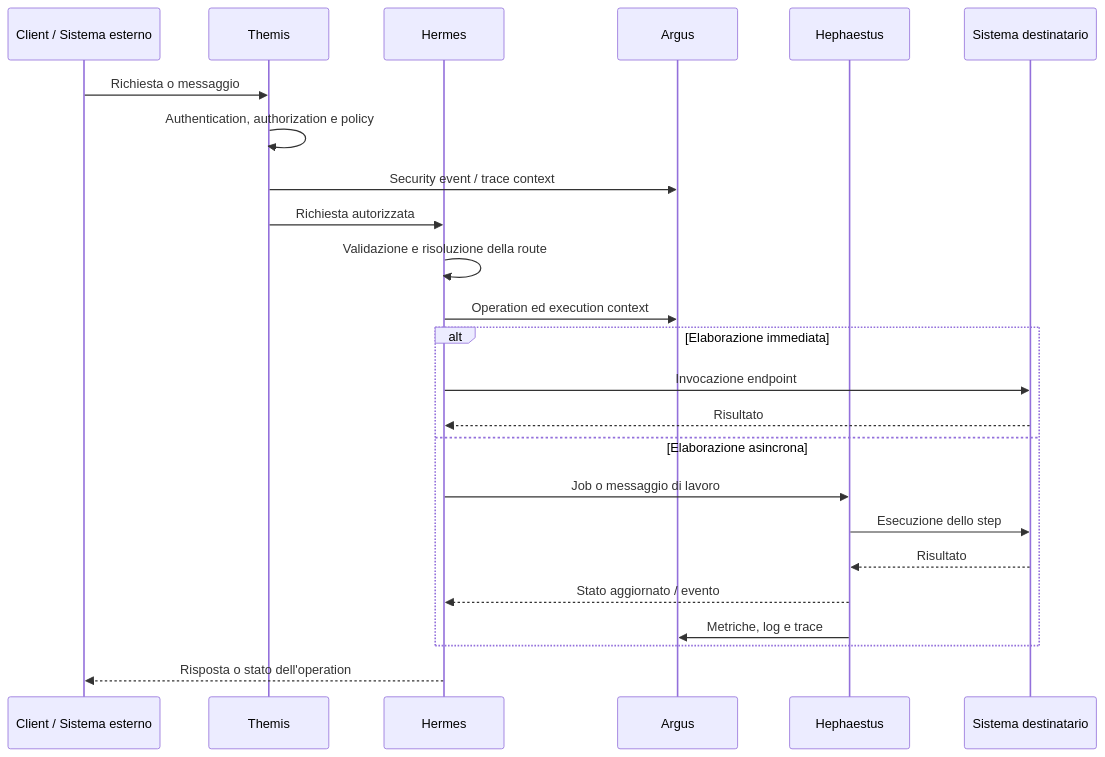
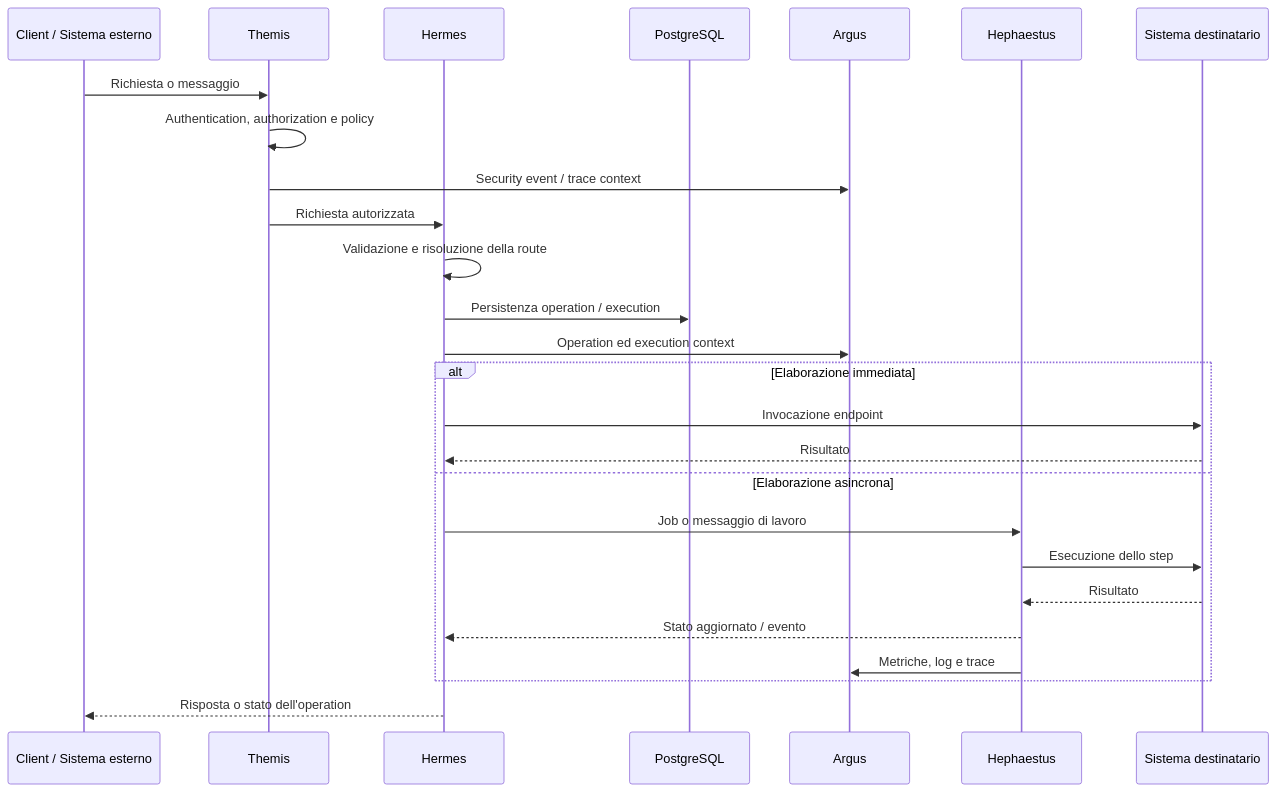
One commit to VincenzoMatonti/PantheonOperationPlatform changed the second of 2 diagrams in README.md. Above: the diagram before and after it, drawn with Mermaid. The commit also changed other lines of this file, not shown here.

````diff
--- a/README.md
+++ b/README.md
@@ -182,29 +201,31 @@
 ```mermaid
 sequenceDiagram
     participant Caller as Client / Sistema esterno
     participant Themis as Themis
     participant Hermes as Hermes
+    participant DB as PostgreSQL
     participant Argus as Argus
     participant Hephaestus as Hephaestus
     participant Target as Sistema destinatario
 
     Caller->>Themis: Richiesta o messaggio
     Themis->>Themis: Authentication, authorization e policy
     Themis->>Argus: Security event / trace context
     Themis->>Hermes: Richiesta autorizzata
     Hermes->>Hermes: Validazione e risoluzione della route
+    Hermes->>DB: Persistenza operation / execution
     Hermes->>Argus: Operation ed execution context
 
     alt Elaborazione immediata
         Hermes->>Target: Invocazione endpoint
         Target-->>Hermes: Risultato
     else Elaborazione asincrona
         Hermes->>Hephaestus: Job o messaggio di lavoro
         Hephaestus->>Target: Esecuzione dello step
         Target-->>Hephaestus: Risultato
         Hephaestus-->>Hermes: Stato aggiornato / evento
         Hephaestus->>Argus: Metriche, log e trace
     end
 
     Hermes-->>Caller: Risposta o stato dell'operation
 ```
````
